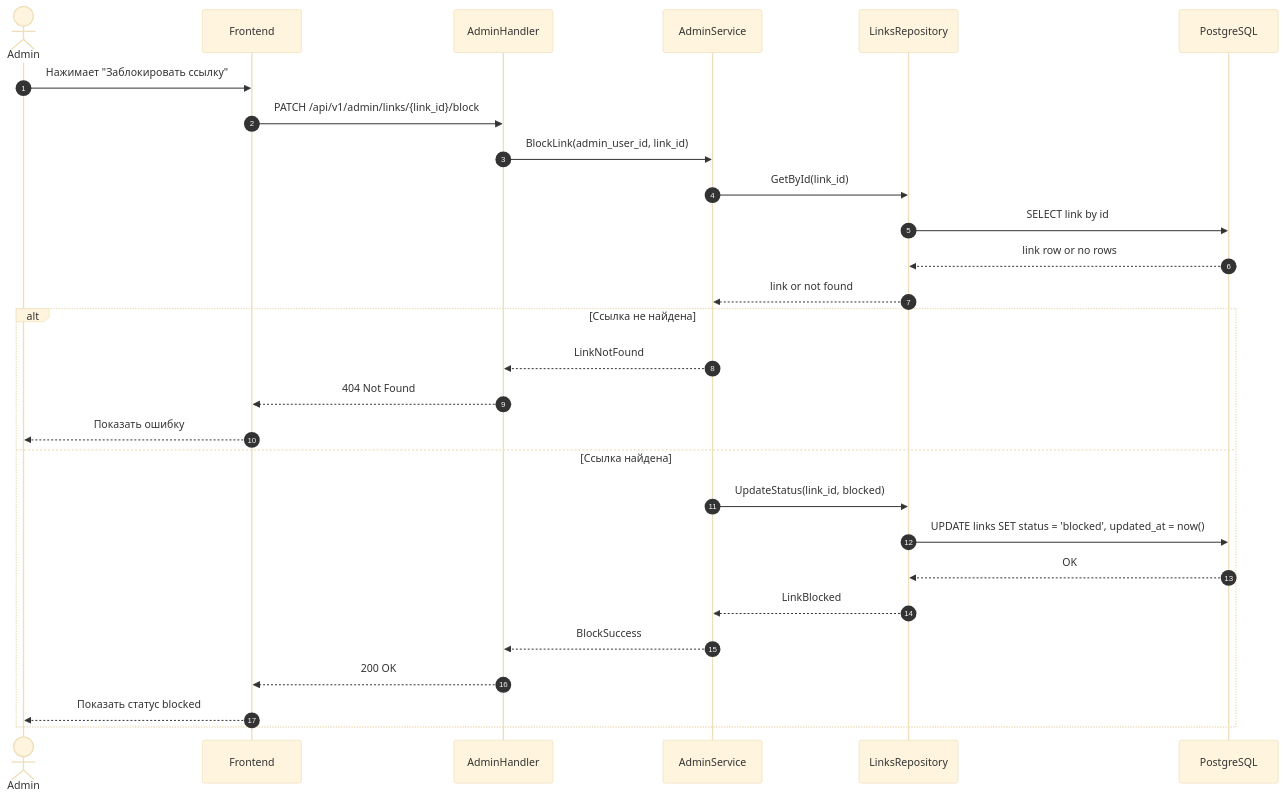
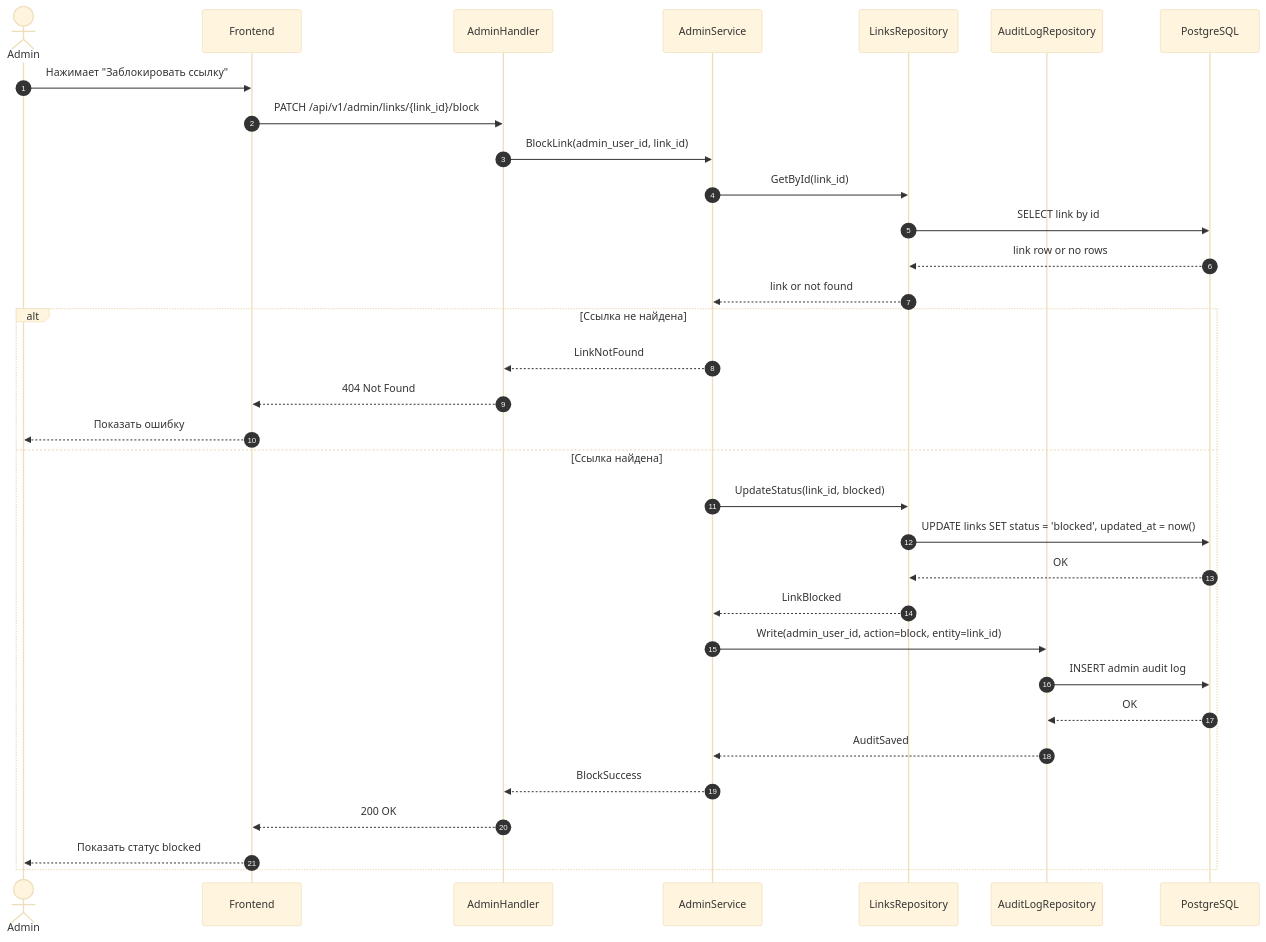
The diagram in docs/Sequence/SD-29.md (k3llone/TrackLink), drawn with Mermaid (base theme) before and after one commit. The commit also changed 8 other files, not shown here.

````diff
--- a/docs/Sequence/SD-29.md
+++ b/docs/Sequence/SD-29.md
@@ -3,36 +3,42 @@
 ```mermaid
 sequenceDiagram
     autonumber
 
     actor Admin
     participant FE as Frontend
     participant ADH as AdminHandler
     participant ADS as AdminService
     participant LR as LinksRepository
+    participant AL as AuditLogRepository
     participant DB as PostgreSQL
 
     Admin->>FE: Нажимает "Заблокировать ссылку"
     FE->>ADH: PATCH /api/v1/admin/links/{link_id}/block
 
     ADH->>ADS: BlockLink(admin_user_id, link_id)
 
     ADS->>LR: GetById(link_id)
     LR->>DB: SELECT link by id
     DB-->>LR: link row or no rows
     LR-->>ADS: link or not found
 
     alt Ссылка не найдена
         ADS-->>ADH: LinkNotFound
         ADH-->>FE: 404 Not Found
         FE-->>Admin: Показать ошибку
     else Ссылка найдена
         ADS->>LR: UpdateStatus(link_id, blocked)
         LR->>DB: UPDATE links SET status = 'blocked', updated_at = now()
         DB-->>LR: OK
         LR-->>ADS: LinkBlocked
 
+        ADS->>AL: Write(admin_user_id, action=block, entity=link_id)
+        AL->>DB: INSERT admin audit log
+        DB-->>AL: OK
+        AL-->>ADS: AuditSaved
+
         ADS-->>ADH: BlockSuccess
         ADH-->>FE: 200 OK
         FE-->>Admin: Показать статус blocked
     end
 ```
````
